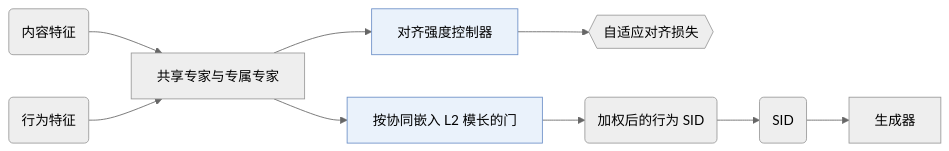
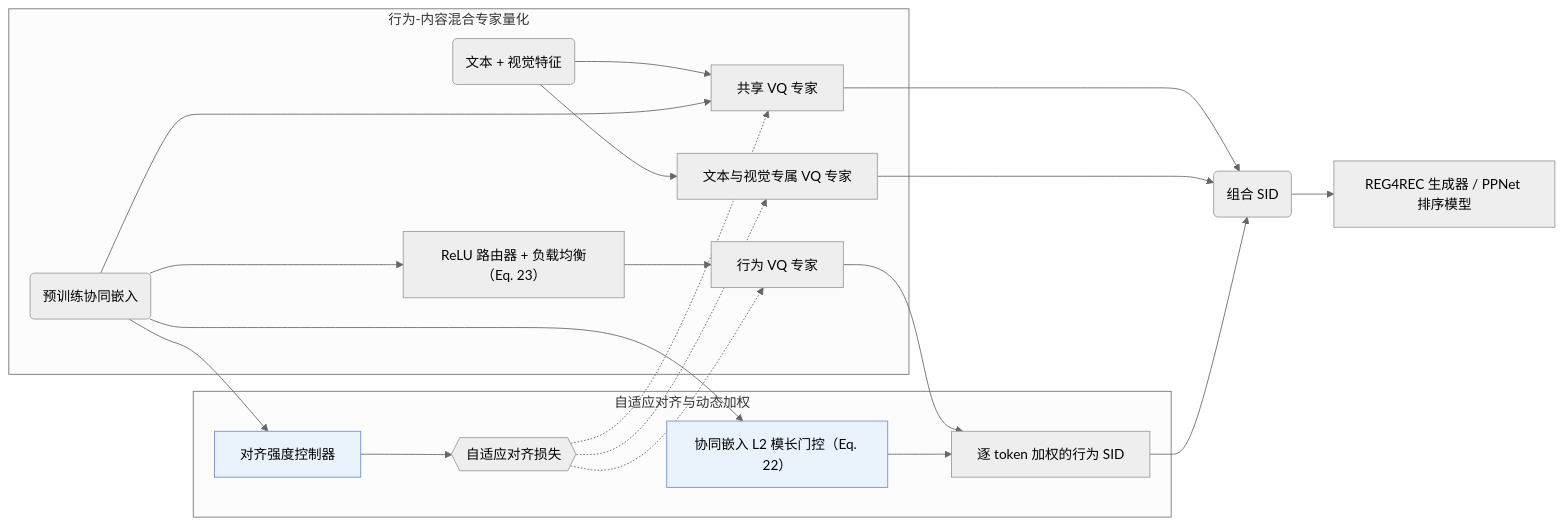
One commit to Galaxy-ghost/Awesome-SID-Generative-Rec changed the diagram in notes/zh/adc-sid.md. Above: the diagram before and after it, drawn with Mermaid (neutral theme). The commit also changed other lines of this file and 649 other files, not shown here.

Commit message:
writer-05: also tags and modality index (schema, check, build, visuals); summary field removed; calibration data for 12 papers

````diff
--- a/notes/zh/adc-sid.md
+++ b/notes/zh/adc-sid.md
@@ -13,12 +14,25 @@
 ```mermaid
 flowchart LR
-    A("内容特征") --> M["共享专家与专属专家"]
-    B("行为特征") --> M
-    M --> C["对齐强度控制器"]:::key
-    M --> D["按协同嵌入 L2 模长的门"]:::key
-    C --> L1{{"自适应对齐损失"}}
-    D --> W("加权后的行为 SID")
-    W --> E("SID")
-    E --> G["生成器"]
+    subgraph MoEVQ["行为-内容混合专家量化"]
+        Txt("文本 + 视觉特征") --> ShExp["共享 VQ 专家"]
+        Beh("预训练协同嵌入") --> ShExp
+        Txt --> ContExp["文本与视觉专属 VQ 专家"]
+        Beh --> Router["ReLU 路由器 + 负载均衡（Eq. 23）"]
+        Router --> BehExp["行为 VQ 专家"]
+    end
+    subgraph Denoise["自适应对齐与动态加权"]
+        Beh --> Ctrl["对齐强度控制器"]:::key
+        Ctrl --> LAlign{{"自适应对齐损失"}}
+        LAlign -.-> ShExp
+        LAlign -.-> ContExp
+        LAlign -.-> BehExp
+        Beh --> Gate["协同嵌入 L2 模长门控（Eq. 22）"]:::key
+        BehExp --> WSum["逐 token 加权的行为 SID"]
+        Gate --> WSum
+    end
+    ShExp --> OutSID("组合 SID")
+    ContExp --> OutSID
+    WSum --> OutSID
+    OutSID --> Down["REG4REC 生成器 / PPNet 排序模型"]
     classDef key fill:#eaf2fb,stroke:#6b8fc7
 ```
````
